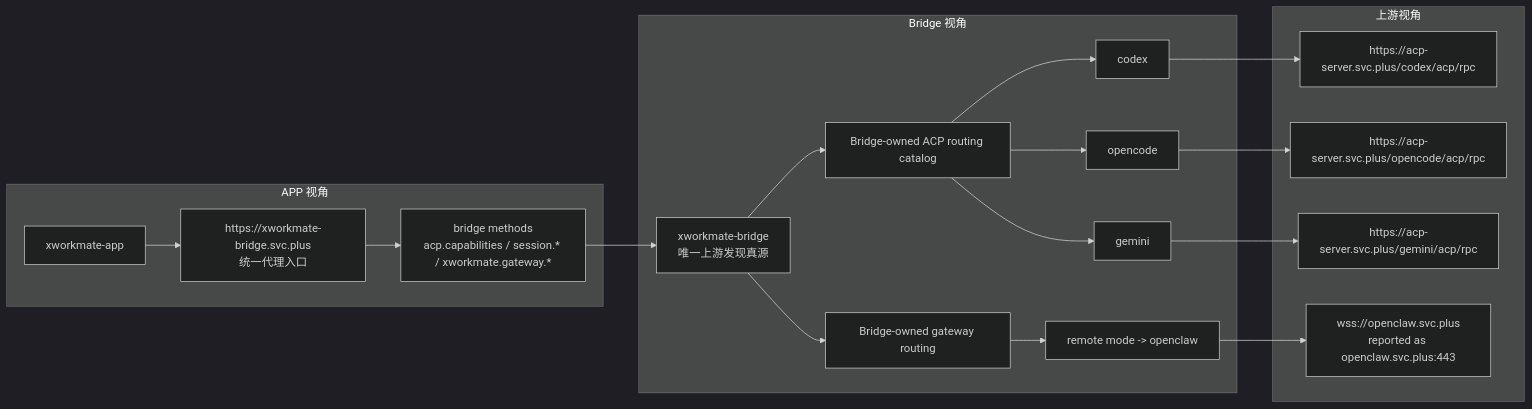
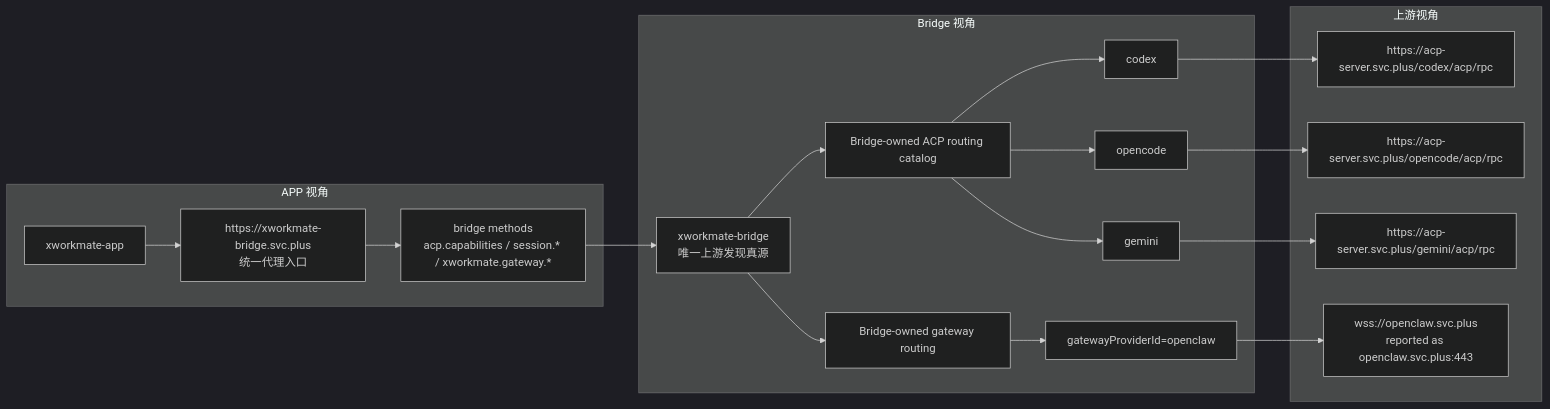
Before and after one commit to x-evor/xworkmate-bridge: the second of 2 diagrams in docs/architecture/acp-forwarding-topology.md, drawn with Mermaid (dark theme). The commit also changed other lines of this file and 12 other files, not shown here.

````diff
--- a/docs/architecture/acp-forwarding-topology.md
+++ b/docs/architecture/acp-forwarding-topology.md
@@ -39,44 +39,44 @@
 ```mermaid
 flowchart LR
     subgraph L1["APP 视角"]
         APP["xworkmate-app"]
         APPENTRY["https://xworkmate-bridge.svc.plus<br/>统一代理入口"]
         APPMETHODS["bridge methods<br/>acp.capabilities / session.* / xworkmate.gateway.*"]
         APP --> APPENTRY
         APPENTRY --> APPMETHODS
     end
 
     subgraph L2["Bridge 视角"]
         BRIDGE["xworkmate-bridge<br/>唯一上游发现真源"]
 
         CAP["Bridge-owned ACP routing catalog"]
         CAP1["codex"]
         CAP2["opencode"]
         CAP3["gemini"]
 
         GW["Bridge-owned gateway routing"]
-        GW1["remote mode -> openclaw"]
+        GW1["gatewayProviderId=openclaw"]
 
         BRIDGE --> CAP
         CAP --> CAP1
         CAP --> CAP2
         CAP --> CAP3
 
         BRIDGE --> GW
         GW --> GW1
     end
 
     subgraph L3["上游视角"]
         U1["https://acp-server.svc.plus/codex/acp/rpc"]
         U2["https://acp-server.svc.plus/opencode/acp/rpc"]
         U3["https://acp-server.svc.plus/gemini/acp/rpc"]
         U4["wss://openclaw.svc.plus<br/>reported as openclaw.svc.plus:443"]
     end
 
     APPMETHODS --> BRIDGE
 
     CAP1 --> U1
     CAP2 --> U2
     CAP3 --> U3
     GW1 --> U4
 ```
````
